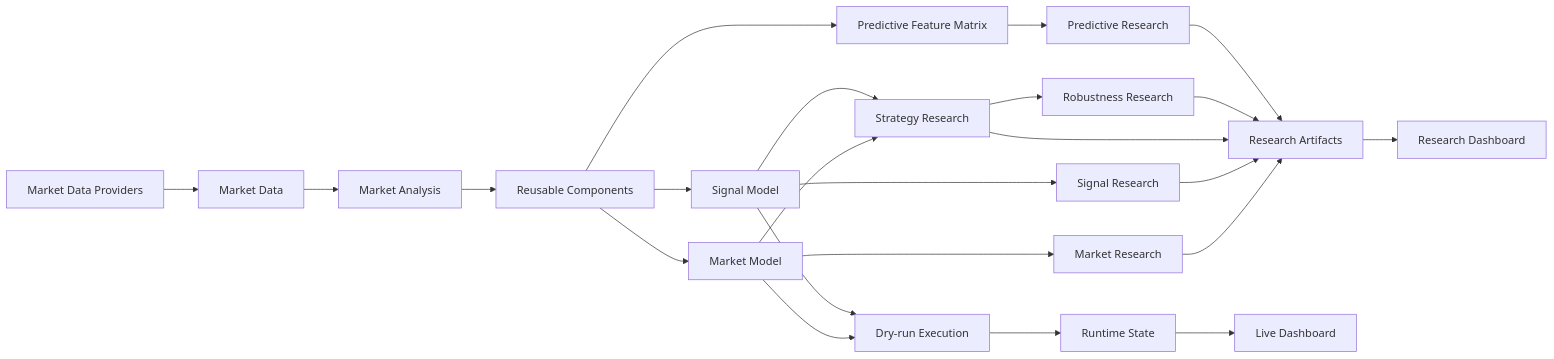
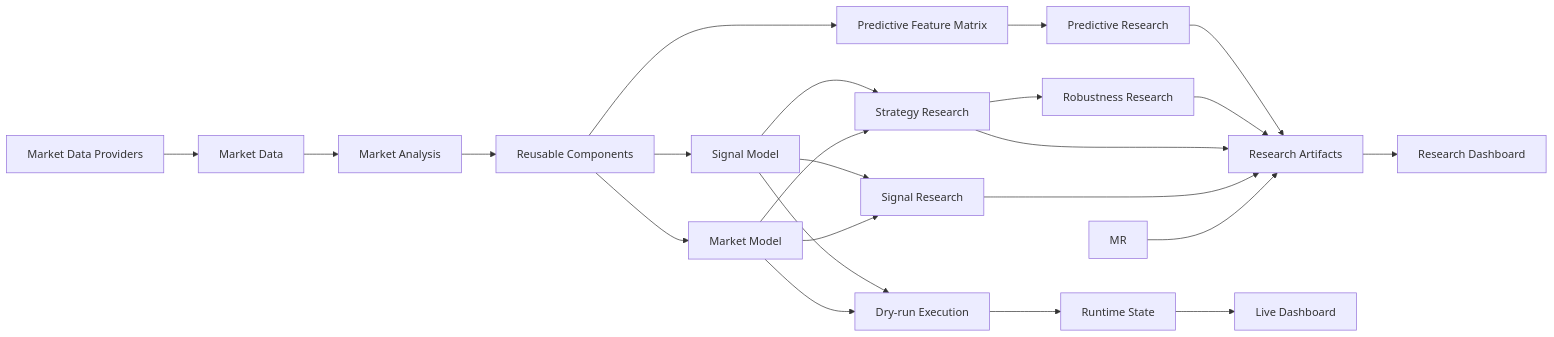
The diagram in README.md (folg-code/research-trading-framework), drawn with Mermaid before and after one commit. The commit also changed other lines of this file and 1 other file, not shown here.

Commit message:
docs(terminology): align root workflow names

````diff
--- a/README.md
+++ b/README.md
@@ -219,32 +219,32 @@
 ```mermaid
 flowchart LR
     P[Market Data Providers] --> D[Market Data]
     D --> A[Market Analysis]
     A --> C[Reusable Components]
 
     C --> MM[Market Model]
     C --> SM[Signal Model]
     C --> FM[Predictive Feature Matrix]
 
-    MM --> MR[Market Research]
-    SM --> SR[Signal Research]
+    MM --> SR[Signal Research]
+    SM --> SR
     MM --> STR[Strategy Research]
     SM --> STR
 
     STR --> ROB[Robustness Research]
     FM --> PR[Predictive Research]
 
     MM --> EX[Dry-run Execution]
     SM --> EX
 
     MR --> RA[Research Artifacts]
     SR --> RA
     STR --> RA
     ROB --> RA
     PR --> RA
 
     EX --> RS[Runtime State]
 
     RA --> RD[Research Dashboard]
     RS --> LD[Live Dashboard]
 ```
````
